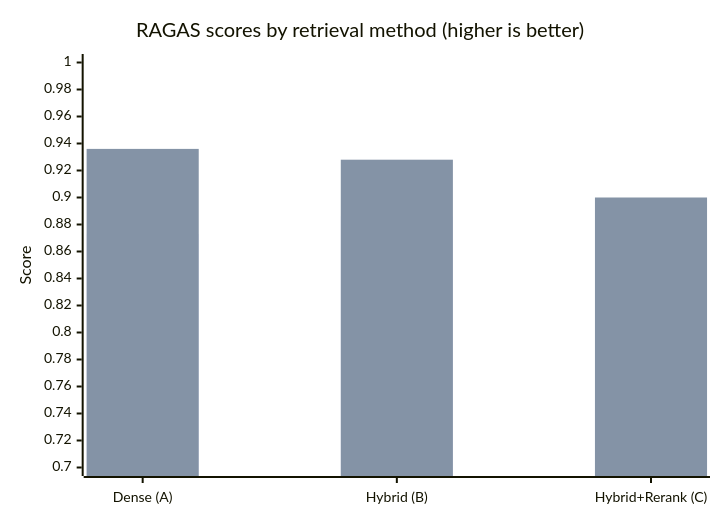
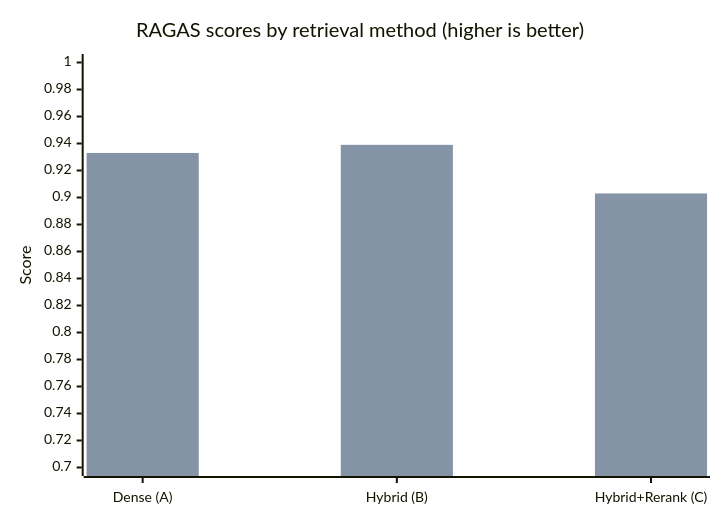
Before and after one commit to yasharth-0910/pragya: diagram 14 of 15 in docs/PRAGYA_TECHNICAL_REPORT.md, drawn with Mermaid. The commit also changed other lines of this file and 32 other files, not shown here.

````diff
--- a/docs/PRAGYA_TECHNICAL_REPORT.md
+++ b/docs/PRAGYA_TECHNICAL_REPORT.md
@@ -2192,8 +2365,8 @@
 ```mermaid
 xychart-beta
     title "RAGAS scores by retrieval method (higher is better)"
     x-axis ["Dense (A)", "Hybrid (B)", "Hybrid+Rerank (C)"]
     y-axis "Score" 0.70 --> 1.00
-    bar "Faithfulness" [0.873, 0.886, 0.750]
-    bar "Context Precision" [0.936, 0.928, 0.900]
+    bar "Faithfulness" [0.873, 0.890, 0.777]
+    bar "Context Precision" [0.933, 0.939, 0.903]
 ```
````
